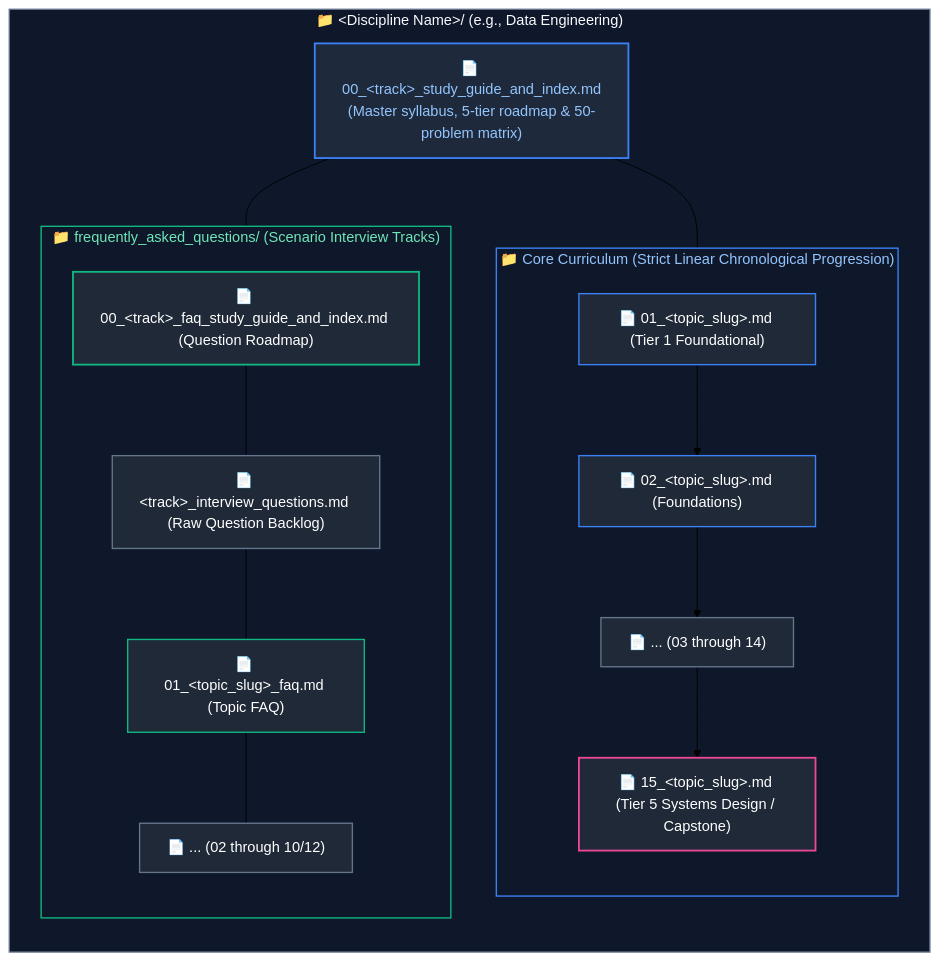
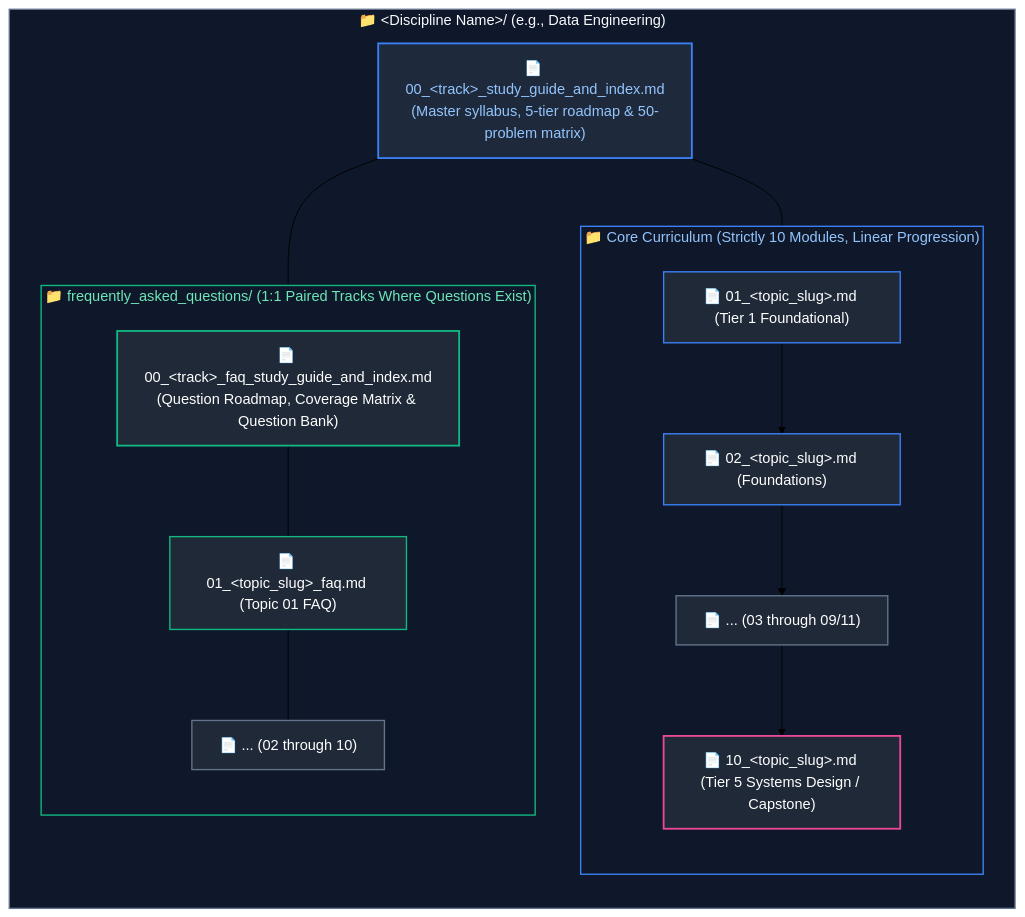
The first of 12 diagrams in .agents/AGENTS.md (joydeep-biswas/Interview-Preparation), drawn with Mermaid (forest theme) before and after one commit. The commit also changed other lines of this file and 178 other files, not shown here.

````diff
--- a/.agents/AGENTS.md
+++ b/.agents/AGENTS.md
@@ -11,41 +11,39 @@
 ```mermaid
 flowchart TD
     subgraph TrackDir ["📁 &lt;Discipline Name&gt;/ (e.g., Data Engineering)"]
         direction TB
         MasterIndex["📄 00_&lt;track&gt;_study_guide_and_index.md<br/>(Master syllabus, 5-tier roadmap & 50-problem matrix)"]
         
-        subgraph CoreModules ["📁 Core Curriculum (Strict Linear Chronological Progression)"]
+        subgraph CoreModules ["📁 Core Curriculum (Strictly 10 Modules, Linear Progression)"]
             direction TB
             M01["📄 01_&lt;topic_slug&gt;.md (Tier 1 Foundational)"]
             M02["📄 02_&lt;topic_slug&gt;.md (Foundations)"]
-            MDots["📄 ... (03 through 14)"]
-            M15["📄 15_&lt;topic_slug&gt;.md (Tier 5 Systems Design / Capstone)"]
-            M01 --> M02 --> MDots --> M15
+            MDots["📄 ... (03 through 09/11)"]
+            M10["📄 10_&lt;topic_slug&gt;.md (Tier 5 Systems Design / Capstone)"]
+            M01 --> M02 --> MDots --> M10
         end
 
-        subgraph FAQDir ["📁 frequently_asked_questions/ (Scenario Interview Tracks)"]
+        subgraph FAQDir ["📁 frequently_asked_questions/ (1:1 Paired Tracks Where Questions Exist)"]
             direction TB
-            FAQIndex["📄 00_&lt;track&gt;_faq_study_guide_and_index.md (Question Roadmap)"]
-            RawQuestions["📄 &lt;track&gt;_interview_questions.md (Raw Question Backlog)"]
-            FAQ01["📄 01_&lt;topic_slug&gt;_faq.md (Topic FAQ)"]
-            FAQDots["📄 ... (02 through 10/12)"]
-            FAQIndex --- RawQuestions --- FAQ01 --- FAQDots
+            FAQIndex["📄 00_&lt;track&gt;_faq_study_guide_and_index.md<br/>(Question Roadmap, Coverage Matrix & Question Bank)"]
+            FAQ01["📄 01_&lt;topic_slug&gt;_faq.md (Topic 01 FAQ)"]
+            FAQDots["📄 ... (02 through 10)"]
+            FAQIndex --- FAQ01 --- FAQDots
         end
     end
 
     MasterIndex --- CoreModules
     MasterIndex --- FAQDir
 
     style TrackDir fill:#0f172a,stroke:#64748b,stroke-width:1.5px,color:#f8fafc
     style MasterIndex fill:#1e293b,stroke:#3b82f6,stroke-width:2px,color:#93c5fd
     style CoreModules fill:#0f172a,stroke:#3b82f6,stroke-width:1.5px,color:#93c5fd
     style M01 fill:#1f2937,stroke:#3b82f6,stroke-width:1.5px,color:#ffffff
     style M02 fill:#1f2937,stroke:#3b82f6,stroke-width:1.5px,color:#ffffff
     style MDots fill:#1f2937,stroke:#64748b,stroke-width:1.5px,color:#ffffff
-    style M15 fill:#1f2937,stroke:#ec4899,stroke-width:2px,color:#ffffff
+    style M10 fill:#1f2937,stroke:#ec4899,stroke-width:2px,color:#ffffff
     style FAQDir fill:#0f172a,stroke:#10b981,stroke-width:1.5px,color:#6ee7b7
     style FAQIndex fill:#1f2937,stroke:#10b981,stroke-width:2px,color:#ffffff
-    style RawQuestions fill:#1f2937,stroke:#64748b,stroke-width:1.5px,color:#ffffff
     style FAQ01 fill:#1f2937,stroke:#10b981,stroke-width:1.5px,color:#ffffff
     style FAQDots fill:#1f2937,stroke:#64748b,stroke-width:1.5px,color:#ffffff
 ```
````
